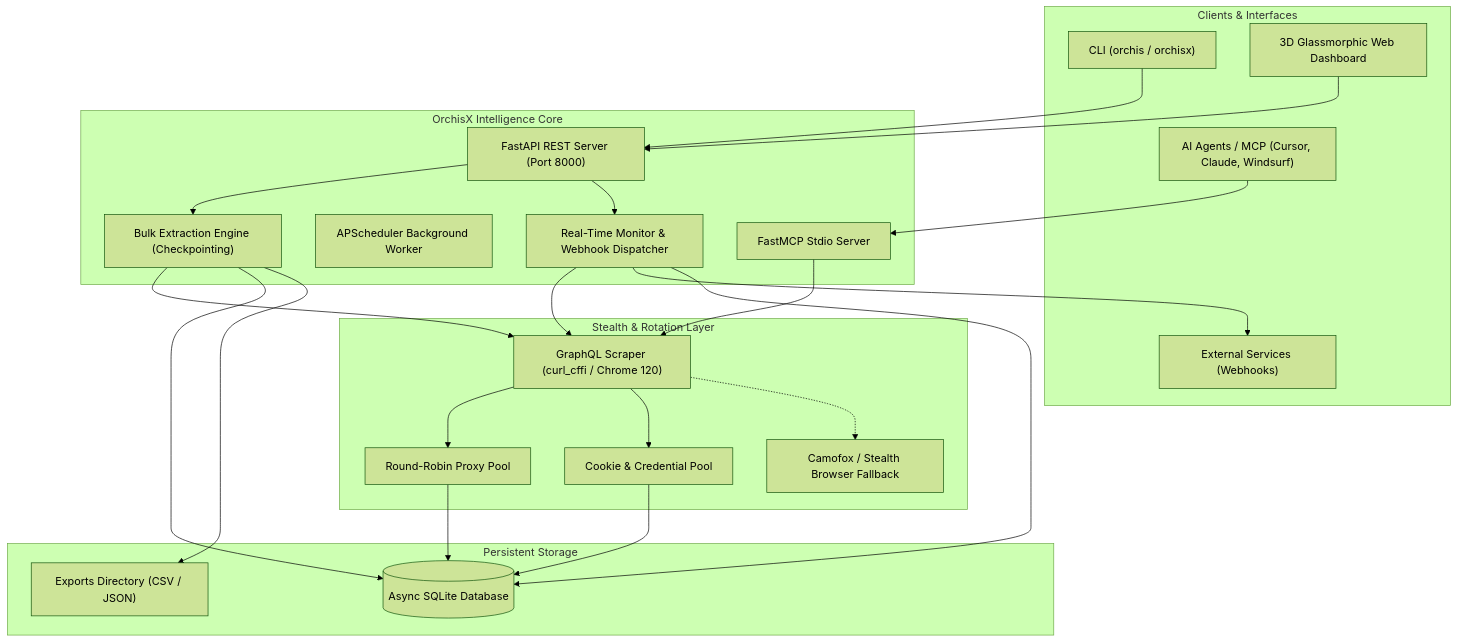
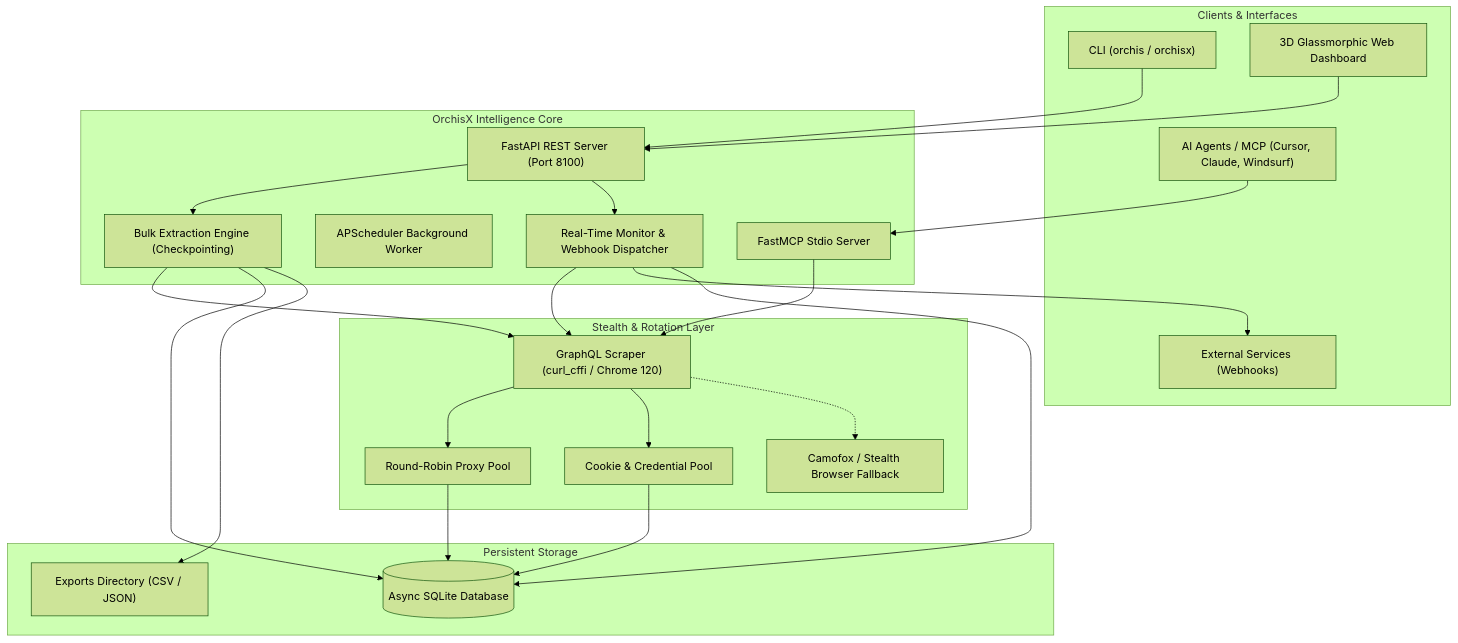
Before and after one commit to thecoldblooded/OrchisX: the diagram in README.md, drawn with Mermaid (forest theme). The commit also changed other lines of this file and 2 other files, not shown here.

Commit message:
chore: change default server port to 8100 and sync README

````diff
--- a/README.md
+++ b/README.md
@@ -44,47 +44,47 @@
 ```mermaid
 flowchart TB
     subgraph Clients["Clients & Interfaces"]
         CLI["CLI (orchis / orchisx)"]
         UI["3D Glassmorphic Web Dashboard"]
         AI["AI Agents / MCP (Cursor, Claude, Windsurf)"]
         EXT["External Services (Webhooks)"]
     end
 
     subgraph CoreEngine["OrchisX Intelligence Core"]
-        API["FastAPI REST Server (Port 8000)"]
+        API["FastAPI REST Server (Port 8100)"]
         MCP["FastMCP Stdio Server"]
         Scheduler["APScheduler Background Worker"]
         ExtEngine["Bulk Extraction Engine (Checkpointing)"]
         MonitorEngine["Real-Time Monitor & Webhook Dispatcher"]
     end
 
     subgraph ScraperPool["Stealth & Rotation Layer"]
         GraphQL["GraphQL Scraper (curl_cffi / Chrome 120)"]
         Camofox["Camofox / Stealth Browser Fallback"]
         ProxyPool["Round-Robin Proxy Pool"]
         AccountPool["Cookie & Credential Pool"]
     end
 
     subgraph Storage["Persistent Storage"]
         DB[(Async SQLite Database)]
         Exports["Exports Directory (CSV / JSON)"]
     end
 
     CLI --> API
     UI --> API
     AI --> MCP
     API --> ExtEngine
     API --> MonitorEngine
     MCP --> GraphQL
     ExtEngine --> GraphQL
     MonitorEngine --> GraphQL
     MonitorEngine --> EXT
     GraphQL --> ProxyPool
     GraphQL --> AccountPool
     GraphQL -.-> Camofox
     ExtEngine --> DB
     ExtEngine --> Exports
     MonitorEngine --> DB
     ProxyPool --> DB
     AccountPool --> DB
 ```
````
